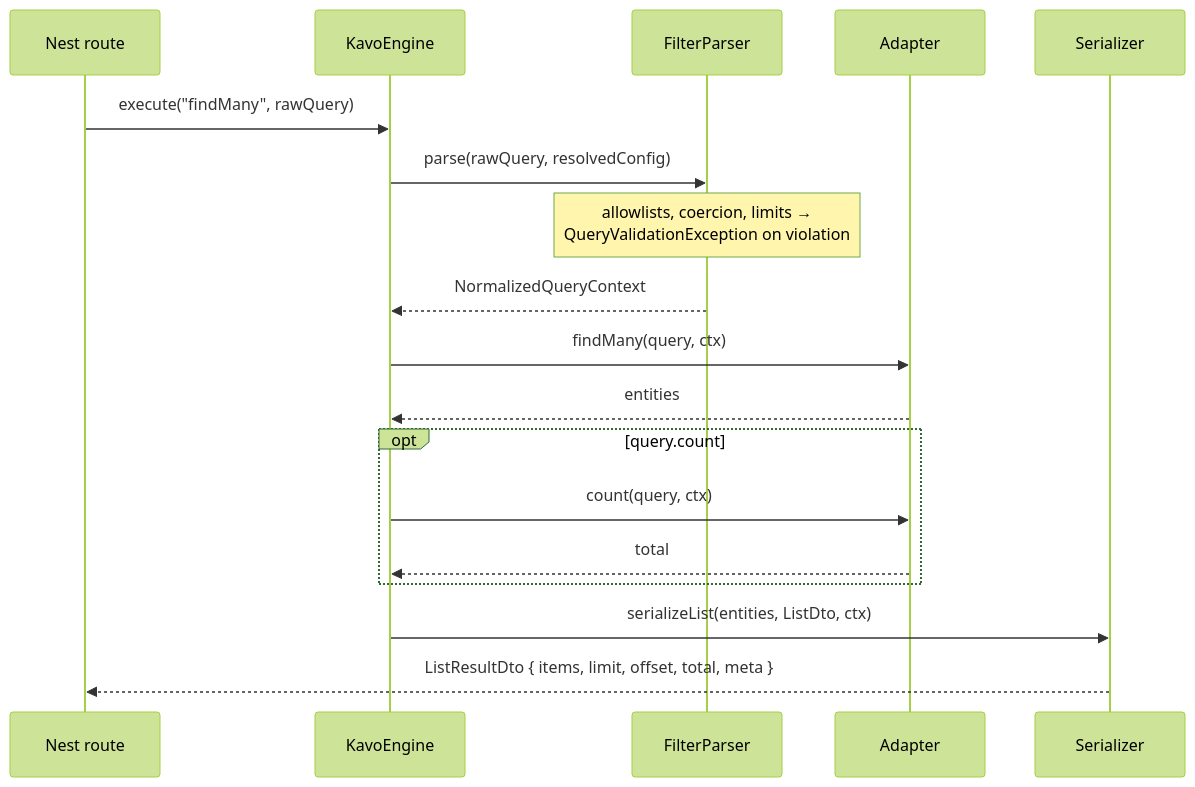
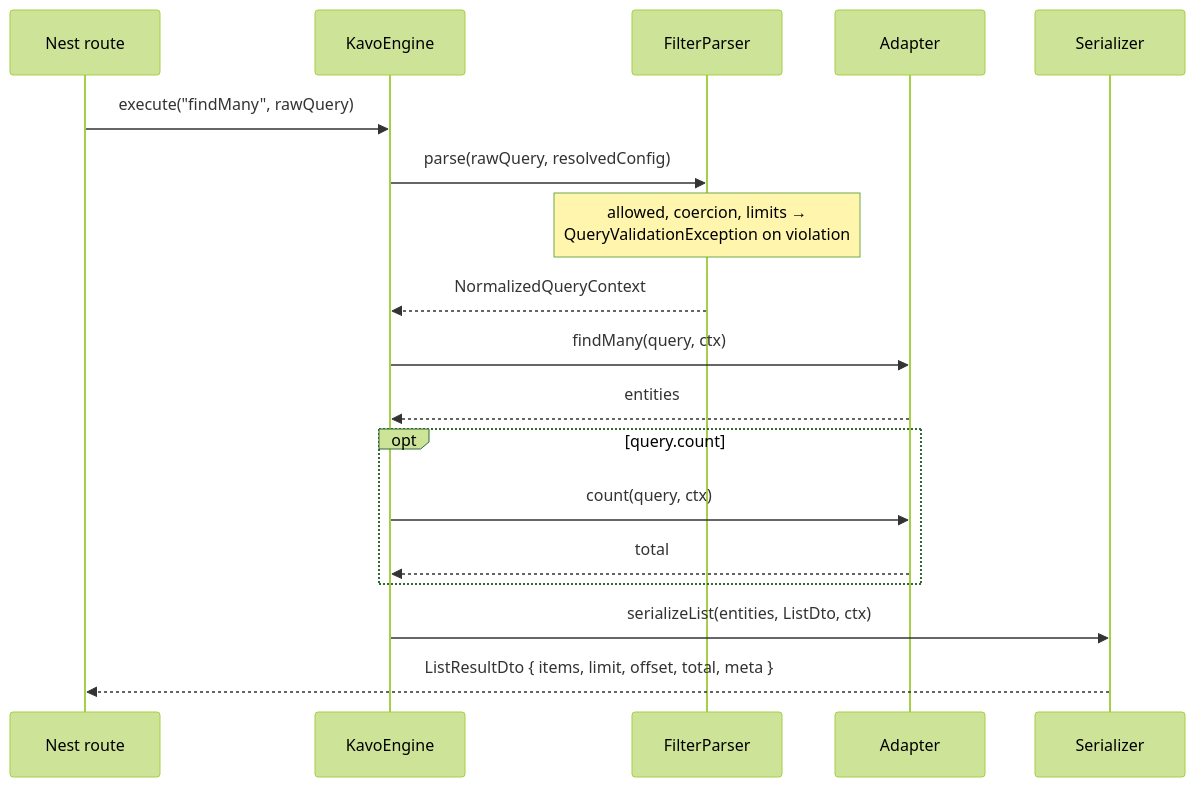
Before and after one commit to kavo-labs/kavo: the third of 5 diagrams in docs/internals/architecture/01-system-architecture.md, drawn with Mermaid (forest theme). The commit also changed 121 other files, not shown here.

Commit message:
refactor(core/nest): rename allowlists config key to allowed (#378)

````diff
--- a/docs/internals/architecture/01-system-architecture.md
+++ b/docs/internals/architecture/01-system-architecture.md
@@ -202,20 +202,20 @@
 ```mermaid
 sequenceDiagram
     participant C as Nest route
     participant E as KavoEngine
     participant P as FilterParser
     participant A as Adapter
     participant S as Serializer
     C->>E: execute("findMany", rawQuery)
     E->>P: parse(rawQuery, resolvedConfig)
-    Note over P: allowlists, coercion, limits →<br/>QueryValidationException on violation
+    Note over P: allowed, coercion, limits →<br/>QueryValidationException on violation
     P-->>E: NormalizedQueryContext
     E->>A: findMany(query, ctx)
     A-->>E: entities
     opt query.count
         E->>A: count(query, ctx)
         A-->>E: total
     end
     E->>S: serializeList(entities, ListDto, ctx)
     S-->>C: ListResultDto { items, limit, offset, total, meta }
 ```
````
